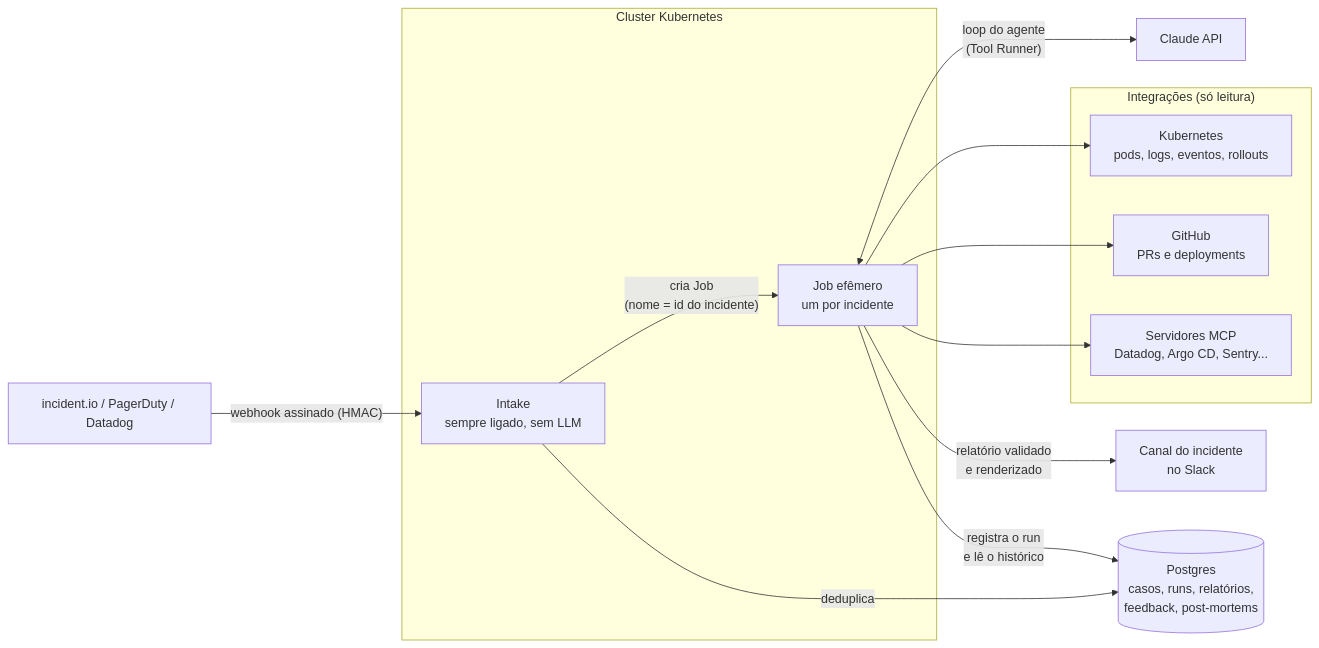
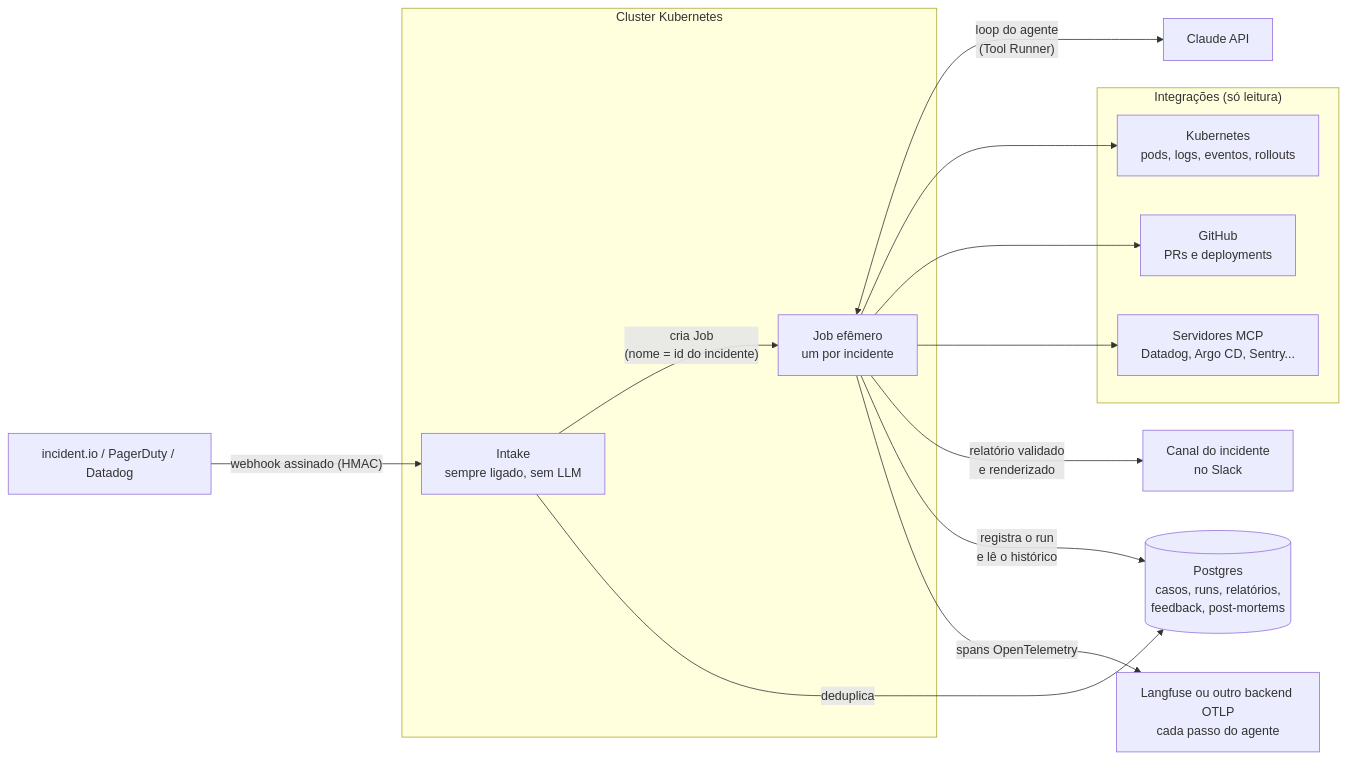
One commit to thallesdaniell/sre-agent changed the first of 4 diagrams in README.md. Above: the diagram before and after it, drawn with Mermaid. The commit also changed other lines of this file and 24 other files, not shown here.

First line of the commit message:
Rastreio com OpenTelemetry, modo sombra e revisão com feedback

````diff
--- a/README.md
+++ b/README.md
@@ -12,27 +12,30 @@
 ```mermaid
 flowchart LR
     src["incident.io / PagerDuty / Datadog"] -- "webhook assinado (HMAC)" --> intake
 
     subgraph cluster["Cluster Kubernetes"]
         intake["Intake<br/>sempre ligado, sem LLM"]
         job["Job efêmero<br/>um por incidente"]
         intake -- "cria Job<br/>(nome = id do incidente)" --> job
     end
 
     job <-->|"loop do agente<br/>(Tool Runner)"| claude["Claude API"]
 
     subgraph fontes["Integrações (só leitura)"]
         k8s["Kubernetes<br/>pods, logs, eventos, rollouts"]
         gh["GitHub<br/>PRs e deployments"]
         mcp["Servidores MCP<br/>Datadog, Argo CD, Sentry..."]
     end
 
     job --> k8s
     job --> gh
     job --> mcp
     job -- "relatório validado<br/>e renderizado" --> slack["Canal do incidente<br/>no Slack"]
 
     db[("Postgres<br/>casos, runs, relatórios,<br/>feedback, post-mortems")]
     intake -- "deduplica" --> db
     job -- "registra o run<br/>e lê o histórico" --> db
+
+    obs["Langfuse ou outro backend OTLP<br/>cada passo do agente"]
+    job -- "spans OpenTelemetry" --> obs
 ```
````
